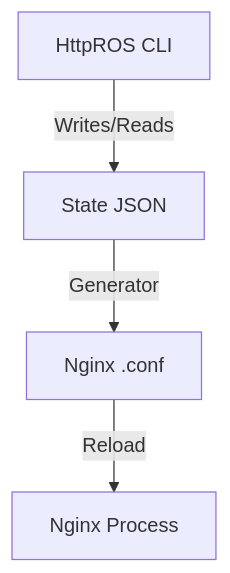
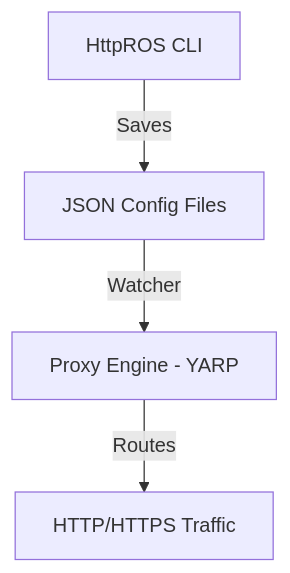
One commit to kaua-alves-queiros/HttpROS changed the diagram in README.md. Above: the diagram before and after it, drawn with Mermaid. The commit also changed other lines of this file and 1 other file, not shown here.

````diff
--- a/README.md
+++ b/README.md
@@ -56,6 +54,6 @@
 ```mermaid
 graph TD
-    CLI[HttpROS CLI] -->|Writes/Reads| JSON[State JSON]
-    JSON -->|Generator| NginxConf[Nginx .conf]
-    NginxConf -->|Reload| Nginx[Nginx Process]
+    CLI[HttpROS CLI] -->|Saves| JSON[JSON Config Files]
+    JSON -->|Watcher| Engine[Proxy Engine - YARP]
+    Engine -->|Routes| Traffic[HTTP/HTTPS Traffic]
 ```
````
